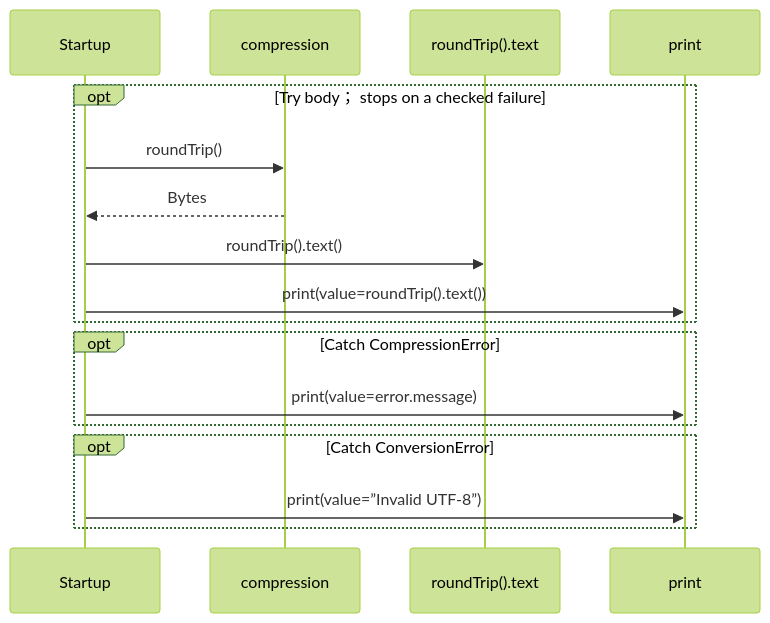
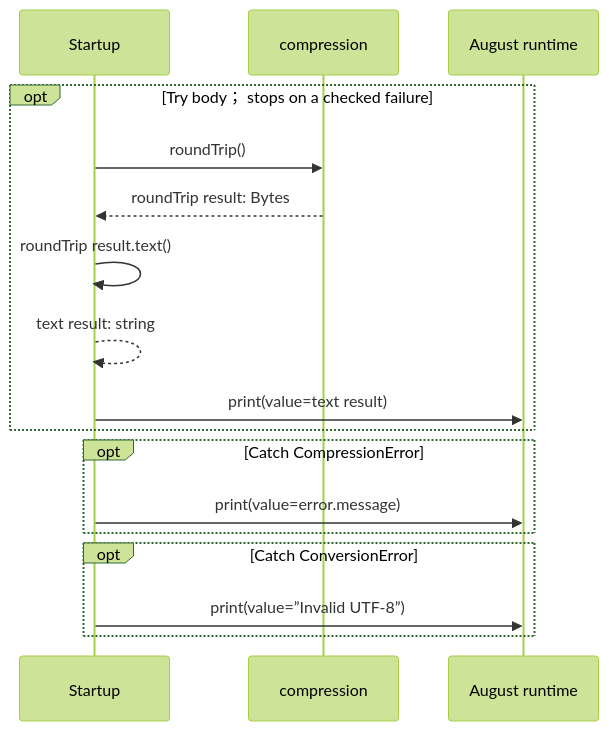
One commit to GreenPandaStudios/augscript changed the diagram in docs/examples/native-zlib/main-diagrams.md. Above: the diagram before and after it, drawn with Mermaid (forest theme). The commit also changed other lines of this file and 304 other files, not shown here.

Commit message:
Make generated data-flow sequences concise and review every diagram

````diff
--- a/docs/examples/native-zlib/main-diagrams.md
+++ b/docs/examples/native-zlib/main-diagrams.md
@@ -39,19 +28,19 @@
 ```mermaid
 sequenceDiagram
     participant p0 as Startup
     participant p1 as compression
-    participant p2 as roundTrip().text
-    participant p3 as print
+    participant p2 as August runtime
     opt Try body； stops on a checked failure
     p0->>p1: roundTrip()
-    p1-->>p0: Bytes
-    p0->>p2: roundTrip().text()
-    p0->>p3: print(value=roundTrip().text())
+    p1-->>p0: roundTrip result: Bytes
+    p0->>p0: roundTrip result.text()
+    p0-->>p0: text result: string
+    p0->>p2: print(value=text result)
     end
     opt Catch CompressionError
-    p0->>p3: print(value=error.message)
+    p0->>p2: print(value=error.message)
     end
     opt Catch ConversionError
-    p0->>p3: print(value=”Invalid UTF-8”)
+    p0->>p2: print(value=”Invalid UTF-8”)
     end
 ```
````
